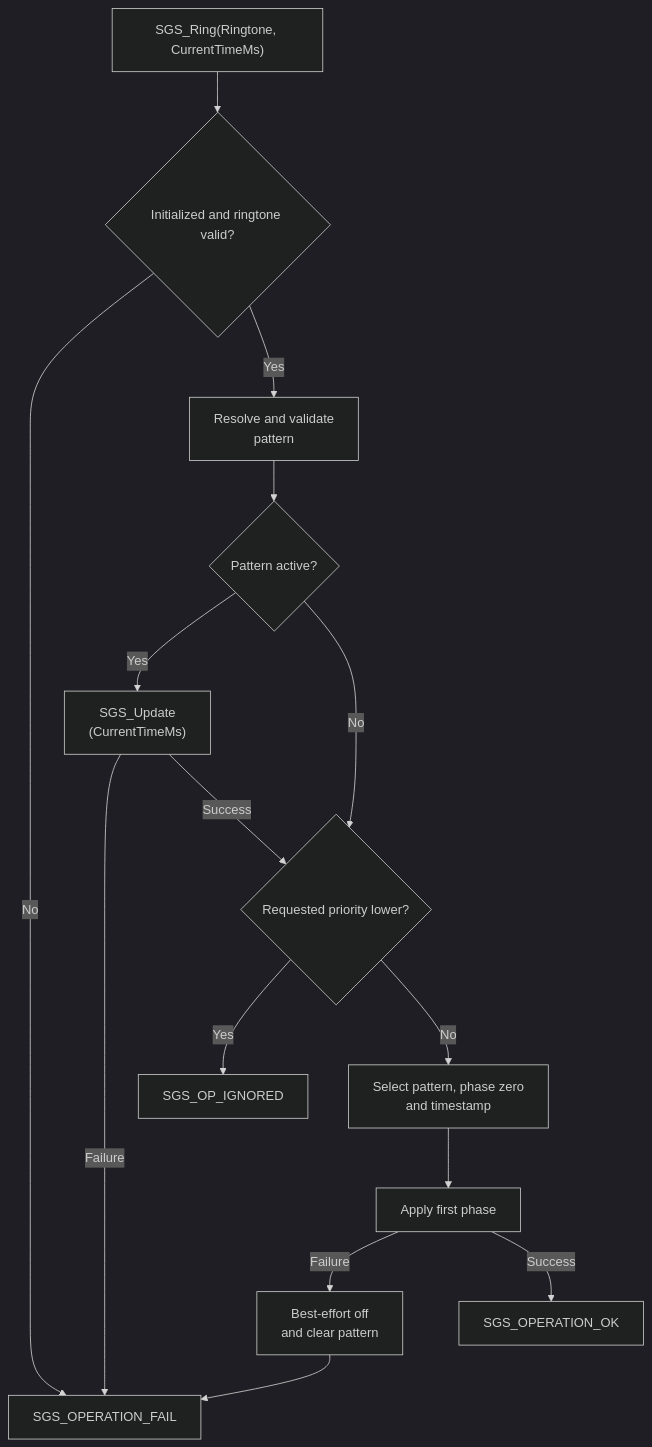
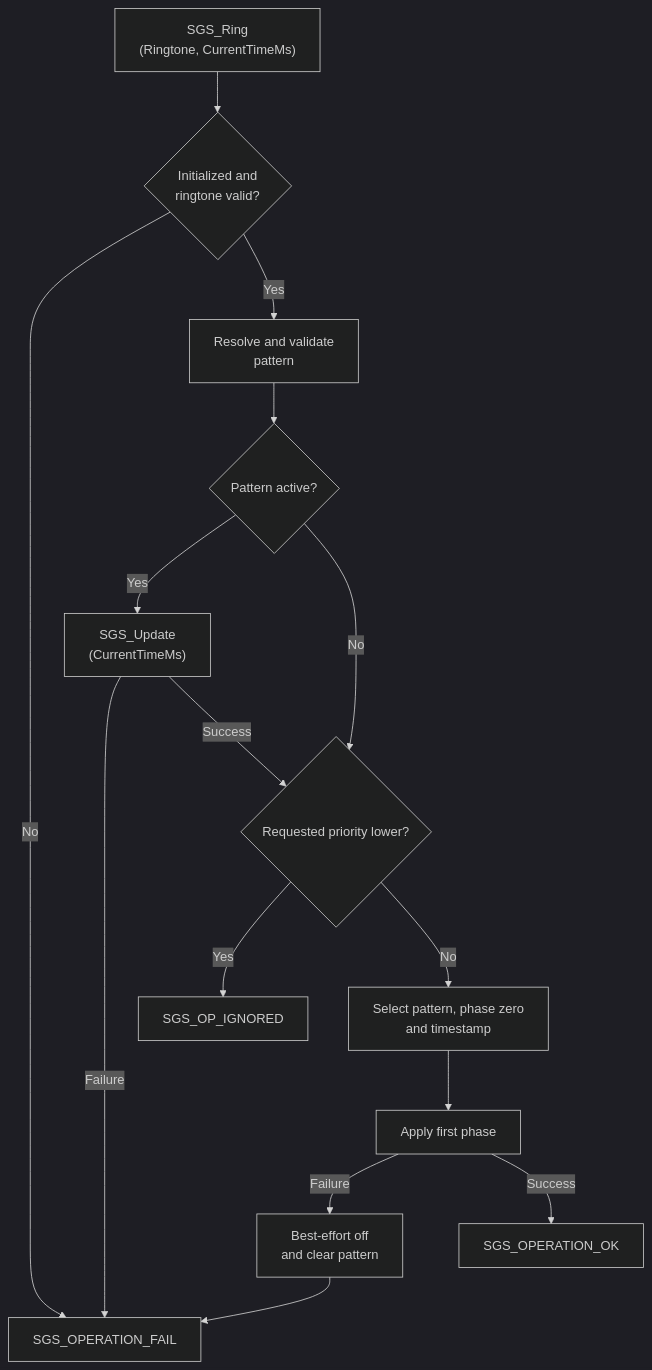
Before and after one commit to JP-REY/STM32F103C8T6-Based-Electronic-Lock: the third of 4 diagrams in Libs/Services/Sound_Generator/README.md, drawn with Mermaid (dark theme). The commit also changed 9 other files, not shown here.

````diff
--- a/Libs/Services/Sound_Generator/README.md
+++ b/Libs/Services/Sound_Generator/README.md
@@ -734,17 +734,17 @@
 ```mermaid
 flowchart TD
-    CALL["SGS_Ring(Ringtone, CurrentTimeMs)"] --> VALID{"Initialized and ringtone valid?"}
+    CALL["SGS_Ring<br/>(Ringtone, CurrentTimeMs)"] --> VALID{"Initialized and<br/> ringtone valid?"}
     VALID -->|"No"| FAIL["SGS_OPERATION_FAIL"]
     VALID -->|"Yes"| MAP["Resolve and validate<br/> pattern"]
     MAP --> ACTIVE{"Pattern active?"}
     ACTIVE -->|"Yes"| UPDATE["SGS_Update<br/>(CurrentTimeMs)"]
     ACTIVE -->|"No"| PRIORITY
     UPDATE -->|"Failure"| FAIL
     UPDATE -->|"Success"| PRIORITY{"Requested priority lower?"}
     PRIORITY -->|"Yes"| IGNORED["SGS_OP_IGNORED"]
     PRIORITY -->|"No"| SELECT["Select pattern, phase zero<br/> and timestamp"]
     SELECT --> APPLY["Apply first phase"]
     APPLY -->|"Failure"| ABORT["Best-effort off<br/> and clear pattern"]
     ABORT --> FAIL
     APPLY -->|"Success"| OK["SGS_OPERATION_OK"]
 ```
````
